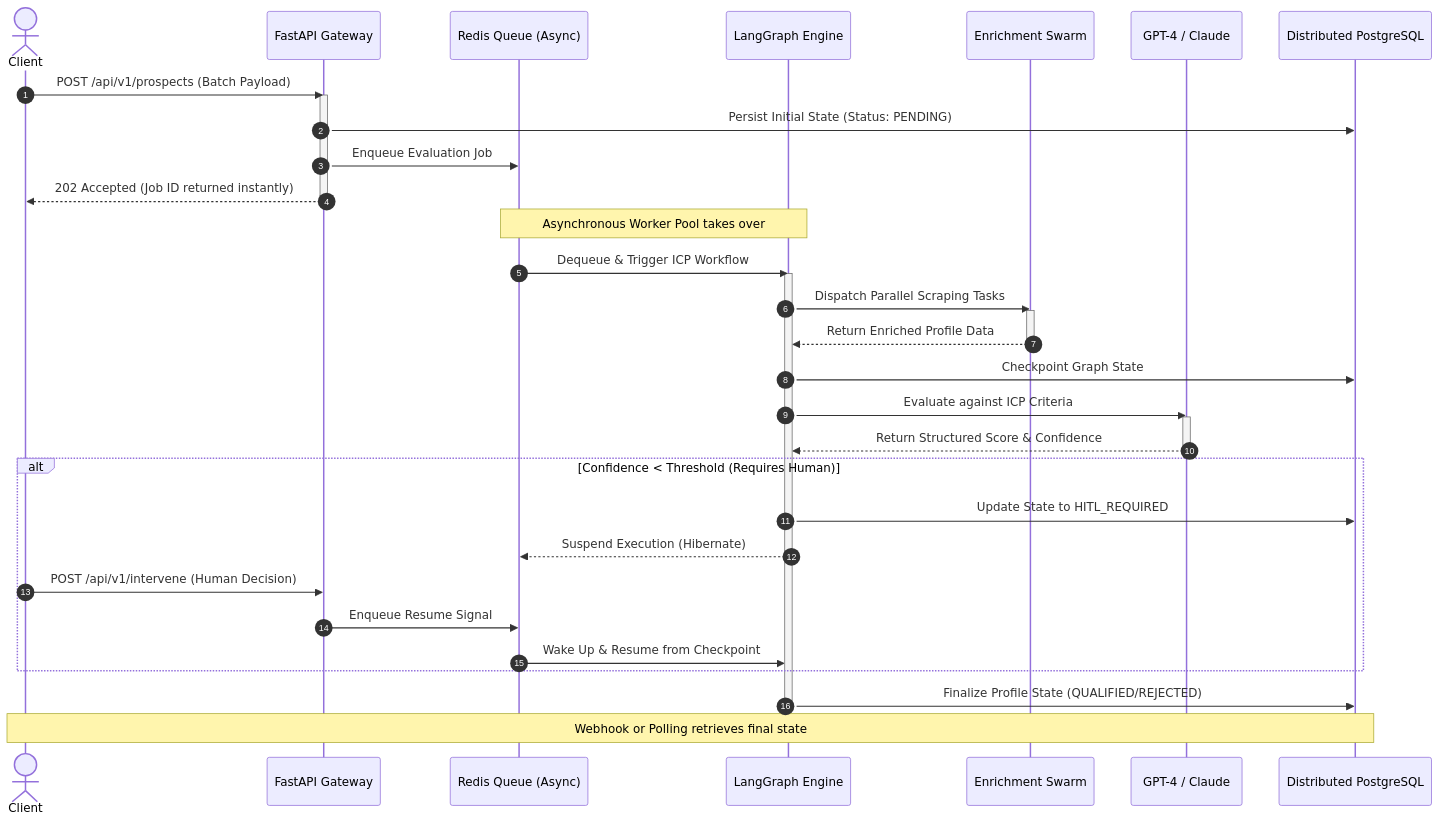
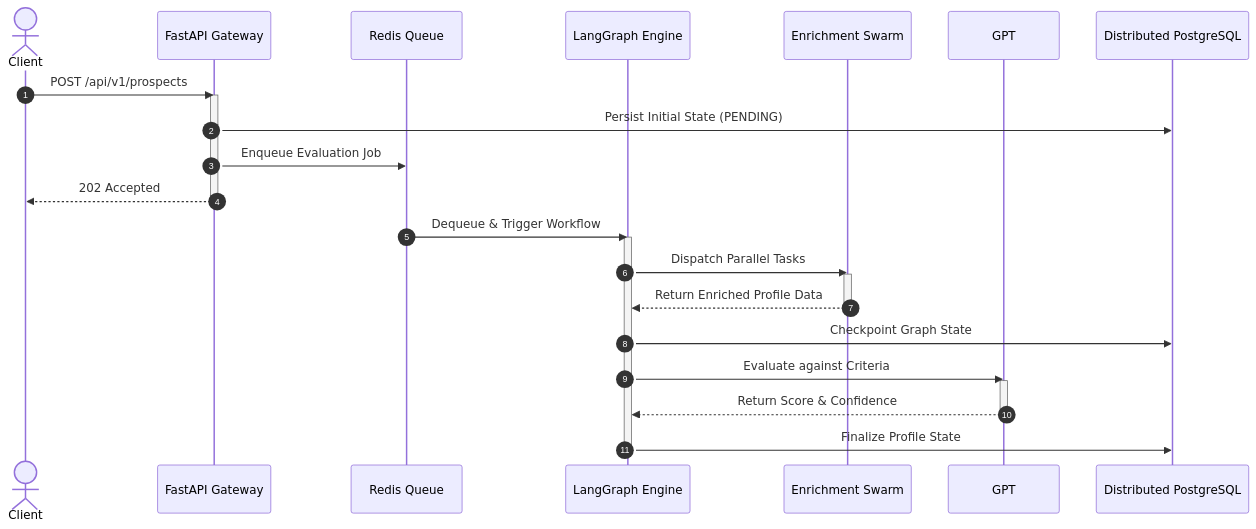
Before and after one commit to DeviPrasad7/Ideal-Customer-Profile-Agent: the diagram in backend/SEQUENCE_FLOW.md, drawn with Mermaid. The commit also changed other lines of this file and 7 other files, not shown here.

Commit message:
docs: add comprehensive project architecture documentation and development guidelines

````diff
--- a/backend/SEQUENCE_FLOW.md
+++ b/backend/SEQUENCE_FLOW.md
@@ -18,49 +16,36 @@
 ```mermaid
 sequenceDiagram
     autonumber
     actor Client
     participant API as FastAPI Gateway
-    participant Queue as Redis Queue (Async)
+    participant Queue as Redis Queue
     participant Orchestrator as LangGraph Engine
     participant Scrapers as Enrichment Swarm
-    participant LLM as GPT-4 / Claude
+    participant LLM as GPT
     participant DB as Distributed PostgreSQL
 
-    Client->>API: POST /api/v1/prospects (Batch Payload)
+    Client->>API: POST /api/v1/prospects
     activate API
-    API->>DB: Persist Initial State (Status: PENDING)
+    API->>DB: Persist Initial State (PENDING)
     API->>Queue: Enqueue Evaluation Job
-    API-->>Client: 202 Accepted (Job ID returned instantly)
+    API-->>Client: 202 Accepted
     deactivate API
     
-    note over Queue, Orchestrator: Asynchronous Worker Pool takes over
-    
-    Queue->>Orchestrator: Dequeue & Trigger ICP Workflow
+    Queue->>Orchestrator: Dequeue & Trigger Workflow
     activate Orchestrator
     
-    Orchestrator->>Scrapers: Dispatch Parallel Scraping Tasks
+    Orchestrator->>Scrapers: Dispatch Parallel Tasks
     activate Scrapers
     Scrapers-->>Orchestrator: Return Enriched Profile Data
     deactivate Scrapers
     
     Orchestrator->>DB: Checkpoint Graph State
     
-    Orchestrator->>LLM: Evaluate against ICP Criteria
+    Orchestrator->>LLM: Evaluate against Criteria
     activate LLM
-    LLM-->>Orchestrator: Return Structured Score & Confidence
+    LLM-->>Orchestrator: Return Score & Confidence
     deactivate LLM
     
-    alt Confidence < Threshold (Requires Human)
-        Orchestrator->>DB: Update State to HITL_REQUIRED
-        Orchestrator-->>Queue: Suspend Execution (Hibernate)
-        
-        Client->>API: POST /api/v1/intervene (Human Decision)
-        API->>Queue: Enqueue Resume Signal
-        Queue->>Orchestrator: Wake Up & Resume from Checkpoint
-    end
-    
-    Orchestrator->>DB: Finalize Profile State (QUALIFIED/REJECTED)
+    Orchestrator->>DB: Finalize Profile State
     deactivate Orchestrator
-    
-    note over DB, Client: Webhook or Polling retrieves final state
 ```
````
